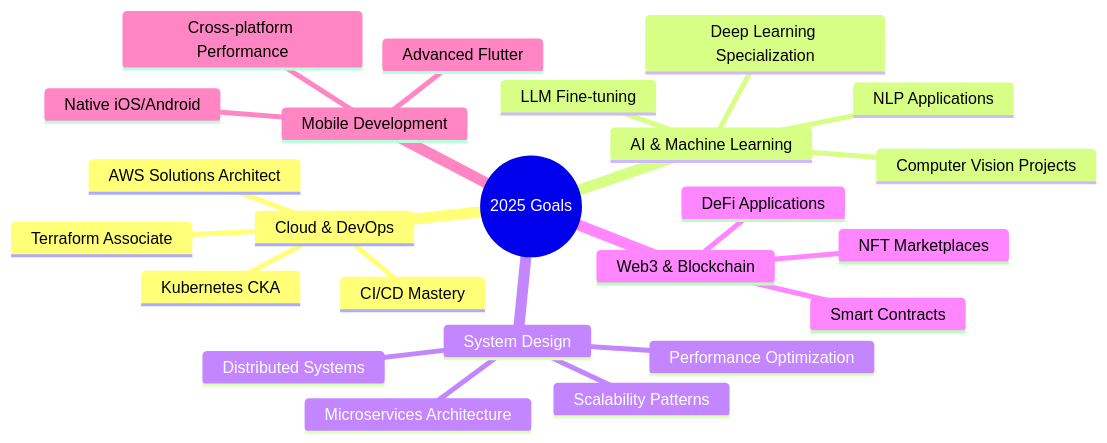
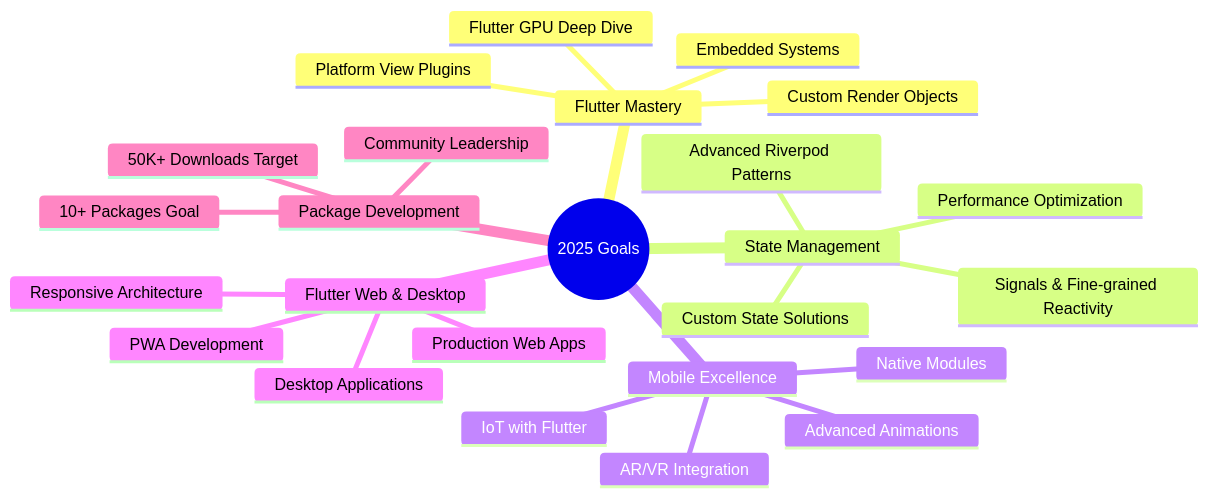
One commit to Gemeda4927/Gemeda4927 changed the second of 2 diagrams in README.md. Above: the diagram before and after it, drawn with Mermaid. The commit also changed other lines of this file, not shown here.

````diff
--- a/README.md
+++ b/README.md
@@ -752,27 +1071,28 @@
 ```mermaid
 mindmap
   root((2025 Goals))
-    Cloud & DevOps
-      AWS Solutions Architect
-      Kubernetes CKA
-      Terraform Associate
-      CI/CD Mastery
-    AI & Machine Learning
-      Deep Learning Specialization
-      Computer Vision Projects
-      NLP Applications
-      LLM Fine-tuning
-    System Design
-      Microservices Architecture
-      Distributed Systems
-      Scalability Patterns
+    Flutter Mastery
+      Flutter GPU Deep Dive
+      Custom Render Objects
+      Platform View Plugins
+      Embedded Systems
+    State Management
+      Signals & Fine-grained Reactivity
+      Advanced Riverpod Patterns
+      Custom State Solutions
       Performance Optimization
-    Web3 & Blockchain
-      Smart Contracts
-      DeFi Applications
-      NFT Marketplaces
-    Mobile Development
-      Advanced Flutter
-      Native iOS/Android
-      Cross-platform Performance
+    Mobile Excellence
+      Advanced Animations
+      Native Modules
+      AR/VR Integration
+      IoT with Flutter
+    Flutter Web & Desktop
+      Production Web Apps
+      Desktop Applications
+      Responsive Architecture
+      PWA Development
+    Package Development
+      10+ Packages Goal
+      50K+ Downloads Target
+      Community Leadership
 ```
````
